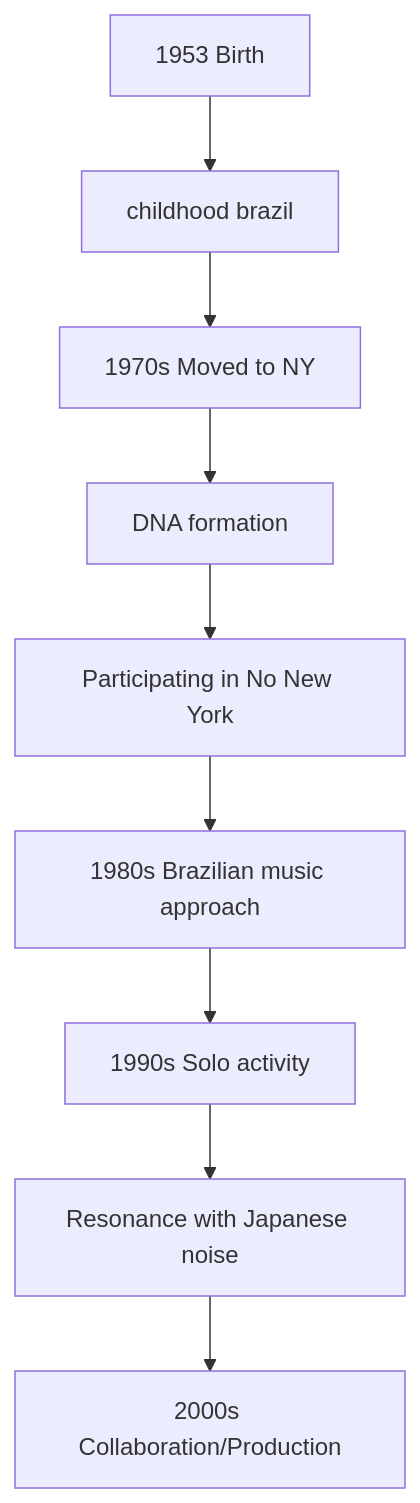
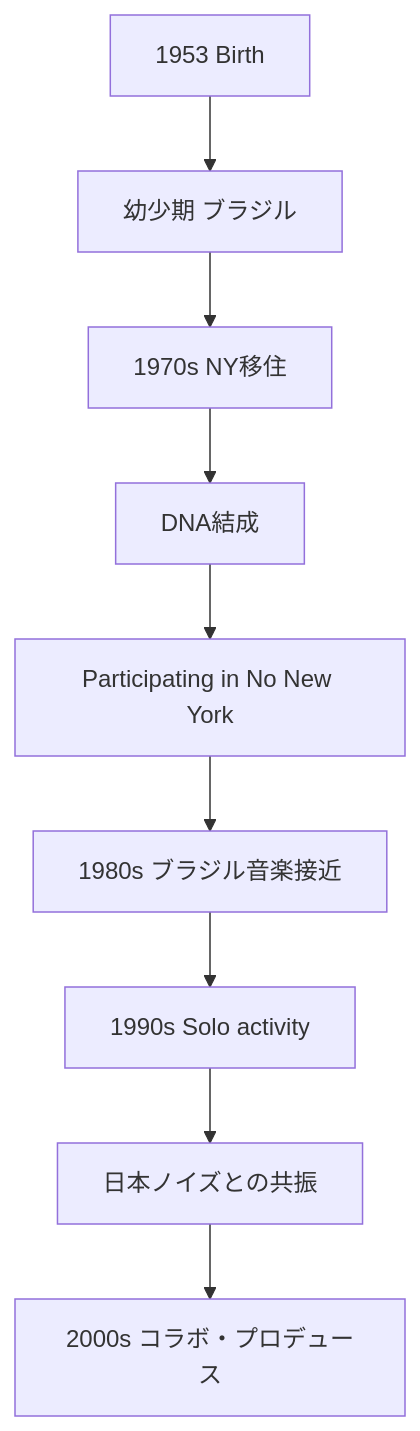
Before and after one commit to monumental-movement/monumental-movement.github.io: the second of 2 diagrams in en/_posts/2026-04-18-column-arto-lindsay.md, drawn with Mermaid. The commit also changed other lines of this file and 1012 other files, not shown here.

```diff
--- a/en/_posts/2026-04-18-column-arto-lindsay.md
+++ b/en/_posts/2026-04-18-column-arto-lindsay.md
@@ -222,11 +222,11 @@
 <div class="mermaid">
 flowchart TD
-A[1953 Birth] --> B[childhood brazil]
-B --> C[1970s Moved to NY]
-C --> D[DNA formation]
+A[1953 Birth] --> B[幼少期 ブラジル]
+B --> C[1970s NY移住]
+C --> D[DNA結成]
 D --> E[Participating in No New York]
-E --> F[1980s Brazilian music approach]
+E --> F[1980s ブラジル音楽接近]
 F --> G[1990s Solo activity]
-G --> H[Resonance with Japanese noise]
-H --> I[2000s Collaboration/Production]
+G --> H[日本ノイズとの共振]
+H --> I[2000s コラボ・プロデュース]
 </div>
```
